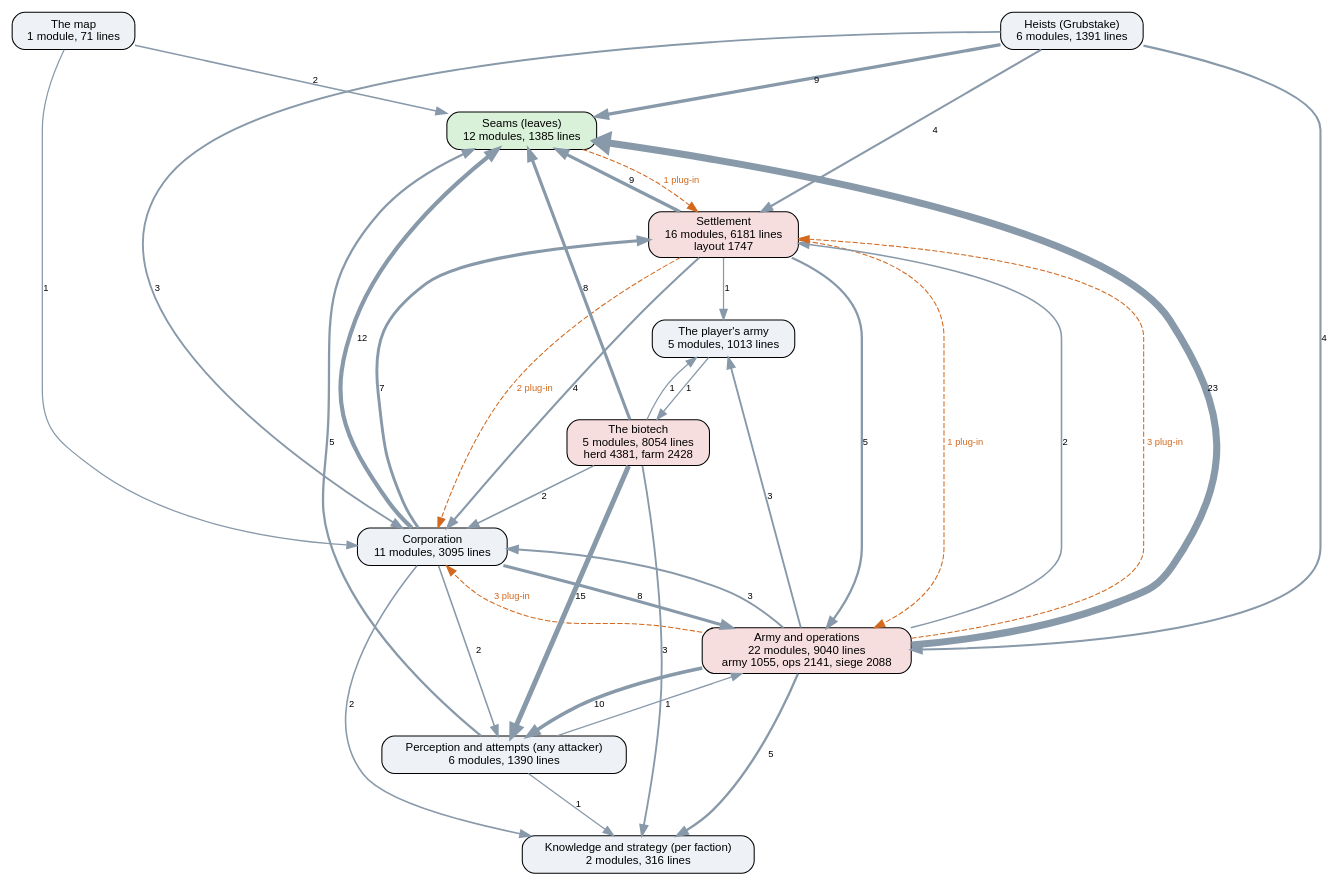
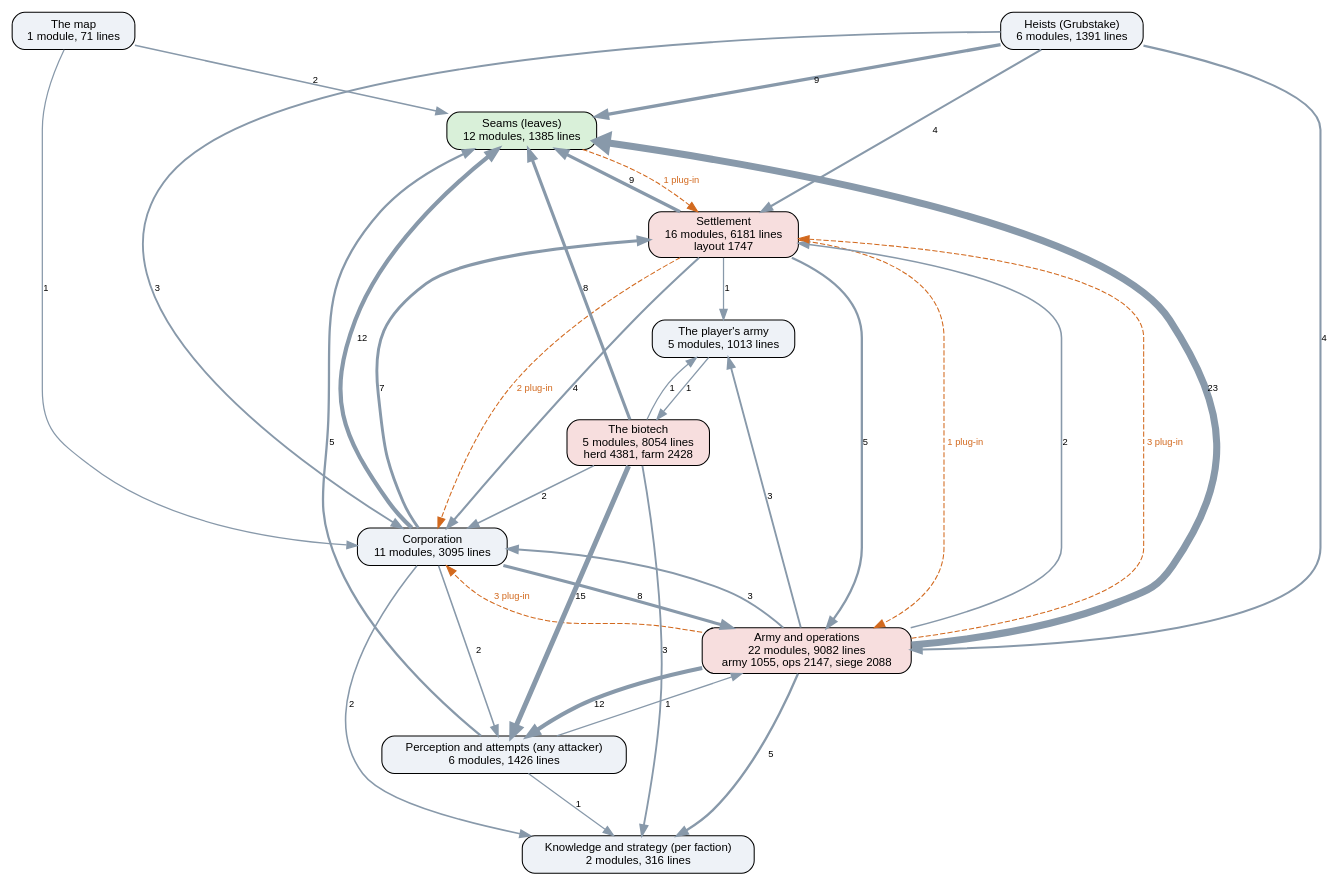
The diagram in docs/ai-layers.dot (kinelhu/landing-party), drawn with Graphviz before and after one commit. The commit also changed 13 other files, not shown here.

First line of the commit message:
0.2.280: air raids fly the cost map (airraid.route: costmap opts.air, what shoots up alone, its way cut to its turns and flown as legs); scenario airraid LP_MIX=detour (round a picket of guns, 0 fliers in reach; seen failing straight, 251); strike's checks read its retirement

```diff
--- a/docs/ai-layers.dot
+++ b/docs/ai-layers.dot
@@ -1,50 +1,50 @@
 digraph layers {
   graph [rankdir=TB, fontname="Helvetica", nodesep=0.5, ranksep=0.7];
   node [shape=box, style="rounded,filled", fontname="Helvetica", fontsize=11, fillcolor="#eef2f7"];
   edge [color="#8899aa", fontname="Helvetica", fontsize=9];
   "Seams (leaves)" [label="Seams (leaves)\n12 modules, 1385 lines", fillcolor="#d9f0d9"];
-  "Perception and attempts (any attacker)" [label="Perception and attempts (any attacker)\n6 modules, 1390 lines", fillcolor="#eef2f7"];
+  "Perception and attempts (any attacker)" [label="Perception and attempts (any attacker)\n6 modules, 1426 lines", fillcolor="#eef2f7"];
   "Knowledge and strategy (per faction)" [label="Knowledge and strategy (per faction)\n2 modules, 316 lines", fillcolor="#eef2f7"];
   "Corporation" [label="Corporation\n11 modules, 3095 lines", fillcolor="#eef2f7"];
   "Settlement" [label="Settlement\n16 modules, 6181 lines\nlayout 1747", fillcolor="#f7dede"];
-  "Army and operations" [label="Army and operations\n22 modules, 9040 lines\narmy 1055, ops 2141, siege 2088", fillcolor="#f7dede"];
+  "Army and operations" [label="Army and operations\n22 modules, 9082 lines\narmy 1055, ops 2147, siege 2088", fillcolor="#f7dede"];
   "Heists (Grubstake)" [label="Heists (Grubstake)\n6 modules, 1391 lines", fillcolor="#eef2f7"];
   "The biotech" [label="The biotech\n5 modules, 8054 lines\nherd 4381, farm 2428", fillcolor="#f7dede"];
   "The map" [label="The map\n1 module, 71 lines", fillcolor="#eef2f7"];
   "The player's army" [label="The player's army\n5 modules, 1013 lines", fillcolor="#eef2f7"];
   "Army and operations" -> "Corporation" [label="3", penwidth=1.8];
   "Army and operations" -> "Knowledge and strategy (per faction)" [label="5", penwidth=2.2];
-  "Army and operations" -> "Perception and attempts (any attacker)" [label="10", penwidth=3.5];
+  "Army and operations" -> "Perception and attempts (any attacker)" [label="12", penwidth=4.0];
   "Army and operations" -> "Seams (leaves)" [label="23", penwidth=6.8];
   "Army and operations" -> "Settlement" [label="2", penwidth=1.5];
   "Army and operations" -> "The player's army" [label="3", penwidth=1.8];
   "Corporation" -> "Army and operations" [label="8", penwidth=3.0];
   "Corporation" -> "Knowledge and strategy (per faction)" [label="2", penwidth=1.5];
   "Corporation" -> "Perception and attempts (any attacker)" [label="2", penwidth=1.5];
   "Corporation" -> "Seams (leaves)" [label="12", penwidth=4.0];
   "Corporation" -> "Settlement" [label="7", penwidth=2.8];
   "Heists (Grubstake)" -> "Army and operations" [label="4", penwidth=2.0];
   "Heists (Grubstake)" -> "Corporation" [label="3", penwidth=1.8];
   "Heists (Grubstake)" -> "Seams (leaves)" [label="9", penwidth=3.2];
   "Heists (Grubstake)" -> "Settlement" [label="4", penwidth=2.0];
   "Perception and attempts (any attacker)" -> "Army and operations" [label="1", penwidth=1.2];
   "Perception and attempts (any attacker)" -> "Knowledge and strategy (per faction)" [label="1", penwidth=1.2];
   "Perception and attempts (any attacker)" -> "Seams (leaves)" [label="5", penwidth=2.2];
   "Settlement" -> "Army and operations" [label="5", penwidth=2.2];
   "Settlement" -> "Corporation" [label="4", penwidth=2.0];
   "Settlement" -> "Seams (leaves)" [label="9", penwidth=3.2];
   "Settlement" -> "The player's army" [label="1", penwidth=1.2];
   "The biotech" -> "Corporation" [label="2", penwidth=1.5];
   "The biotech" -> "Knowledge and strategy (per faction)" [label="3", penwidth=1.8];
   "The biotech" -> "Perception and attempts (any attacker)" [label="15", penwidth=4.8];
   "The biotech" -> "Seams (leaves)" [label="8", penwidth=3.0];
   "The biotech" -> "The player's army" [label="1", penwidth=1.2];
   "The map" -> "Corporation" [label="1", penwidth=1.2];
   "The map" -> "Seams (leaves)" [label="2", penwidth=1.5];
   "The player's army" -> "The biotech" [label="1", penwidth=1.2];
   "Army and operations" -> "Corporation" [style=dashed, color="#d2691e", fontcolor="#d2691e", label="3 plug-in"];
   "Army and operations" -> "Settlement" [style=dashed, color="#d2691e", fontcolor="#d2691e", label="3 plug-in"];
   "Seams (leaves)" -> "Settlement" [style=dashed, color="#d2691e", fontcolor="#d2691e", label="1 plug-in"];
   "Settlement" -> "Army and operations" [style=dashed, color="#d2691e", fontcolor="#d2691e", label="1 plug-in"];
   "Settlement" -> "Corporation" [style=dashed, color="#d2691e", fontcolor="#d2691e", label="2 plug-in"];
 }
```
